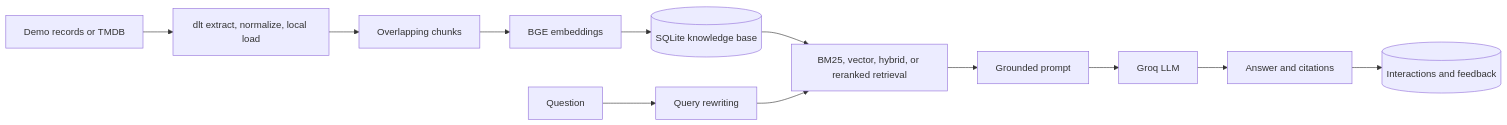
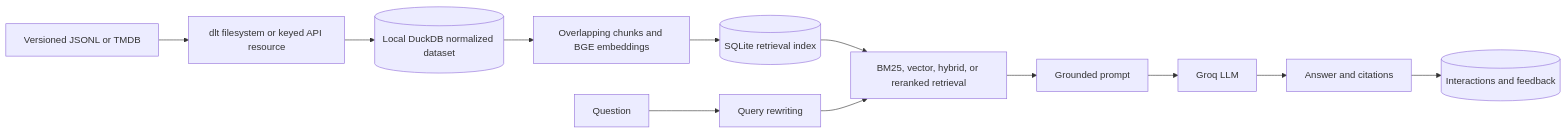
Before and after one commit to harshitm1297/LLM_Zoomcamp-project: the diagram in README.md, drawn with Mermaid. The commit also changed other lines of this file and 14 other files, not shown here.

````diff
--- a/README.md
+++ b/README.md
@@ -8,14 +8,14 @@
 ```mermaid
 flowchart LR
-    A[Demo records or TMDB] --> B[dlt extract, normalize, local load]
-    B --> C[Overlapping chunks]
-    C --> D[BGE embeddings]
-    D --> E[(SQLite knowledge base)]
+    A[Versioned JSONL or TMDB] --> B[dlt filesystem or keyed API resource]
+    B --> C[(Local DuckDB normalized dataset)]
+    C --> D[Overlapping chunks and BGE embeddings]
+    D --> E[(SQLite retrieval index)]
     Q[Question] --> F[Query rewriting]
     E --> G[BM25, vector, hybrid, or reranked retrieval]
     F --> G
     G --> H[Grounded prompt]
     H --> I[Groq LLM]
     I --> J[Answer and citations]
     J --> K[(Interactions and feedback)]
 ```
````
